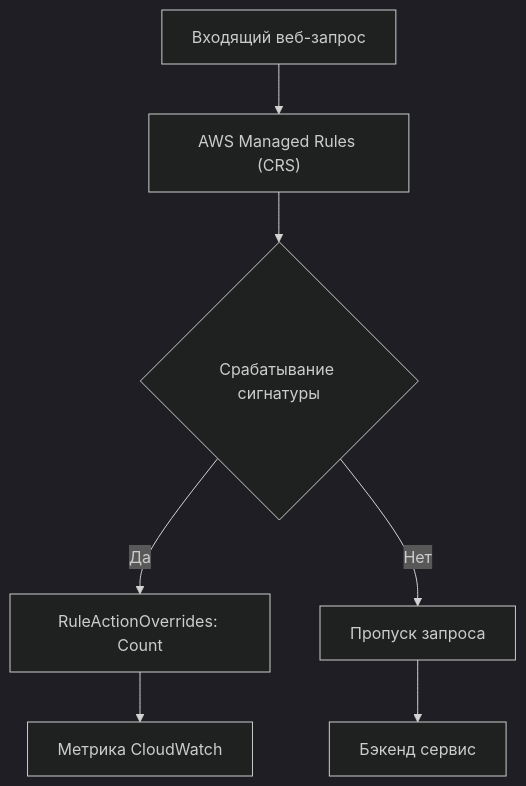
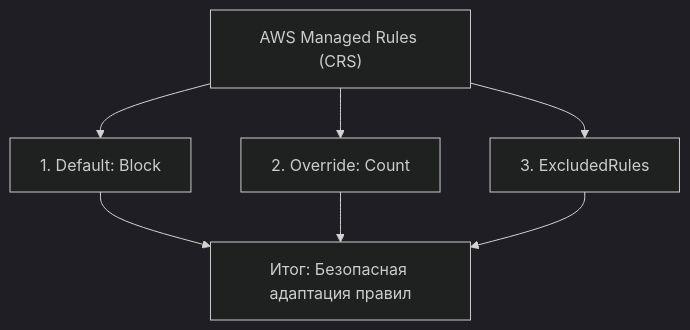
One commit to y-kolyada/aws-waf changed the diagram in diagrams/03-managed-rules-hierarchy.mmd. Above: the diagram before and after it, drawn with Mermaid (dark theme). The commit also changed 35 other files, not shown here.

```diff
--- a/diagrams/03-managed-rules-hierarchy.mmd
+++ b/diagrams/03-managed-rules-hierarchy.mmd
@@ -1,7 +1,7 @@
 flowchart TD
-    Req["Входящий веб-запрос"] --> AMR["AWS Managed Rules (CRS)"]
-    AMR --> Fork{"Срабатывание сигнатуры"}
-    Fork -->|Да| Count["RuleActionOverrides: Count"]
-    Fork -->|Нет| Allow["Пропуск запроса"]
-    Count --> Metric["Метрика CloudWatch"]
-    Allow --> Backend["Бэкенд сервис"]
+    AMR["AWS Managed Rules (CRS)"] --> Def["1. Default: Block"]
+    AMR --> Ovr["2. Override: Count"]
+    AMR --> Exc["3. ExcludedRules"]
+    Def --> Out["Итог: Безопасная адаптация правил"]
+    Ovr --> Out
+    Exc --> Out
```
